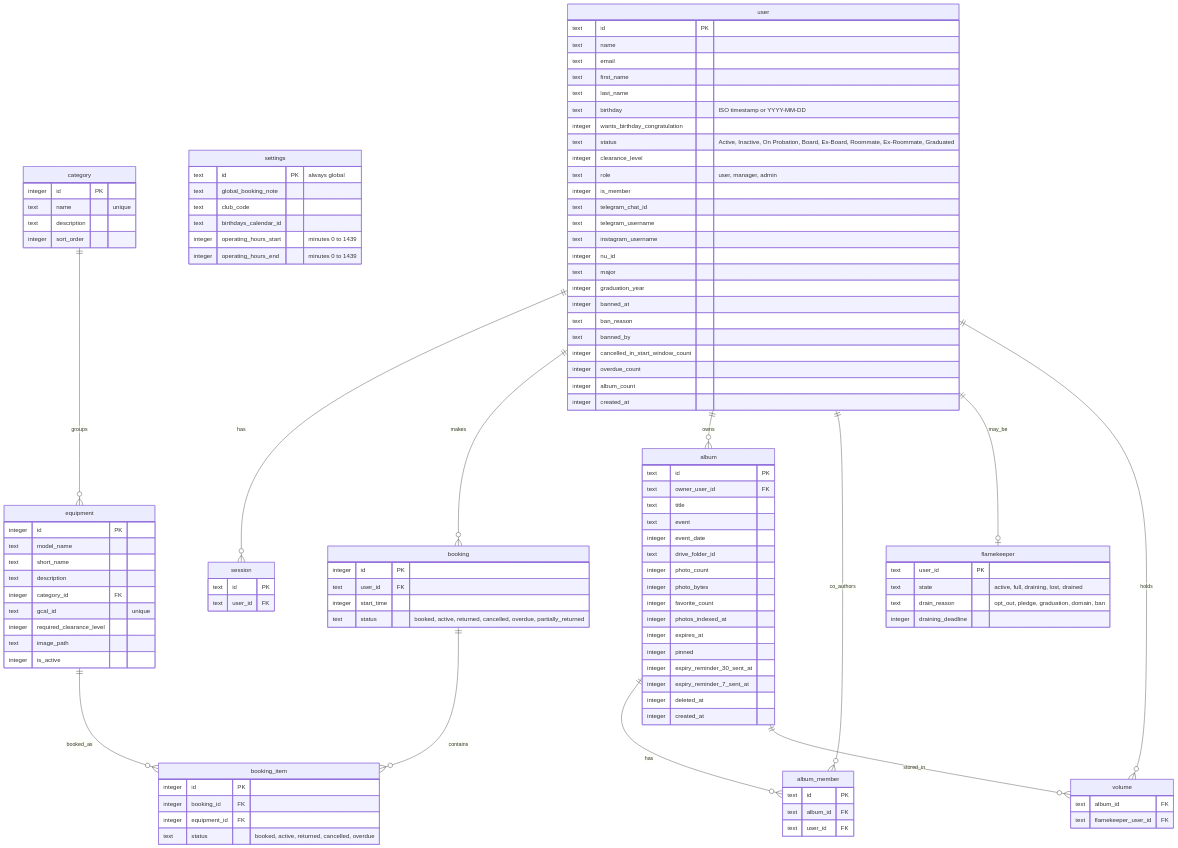
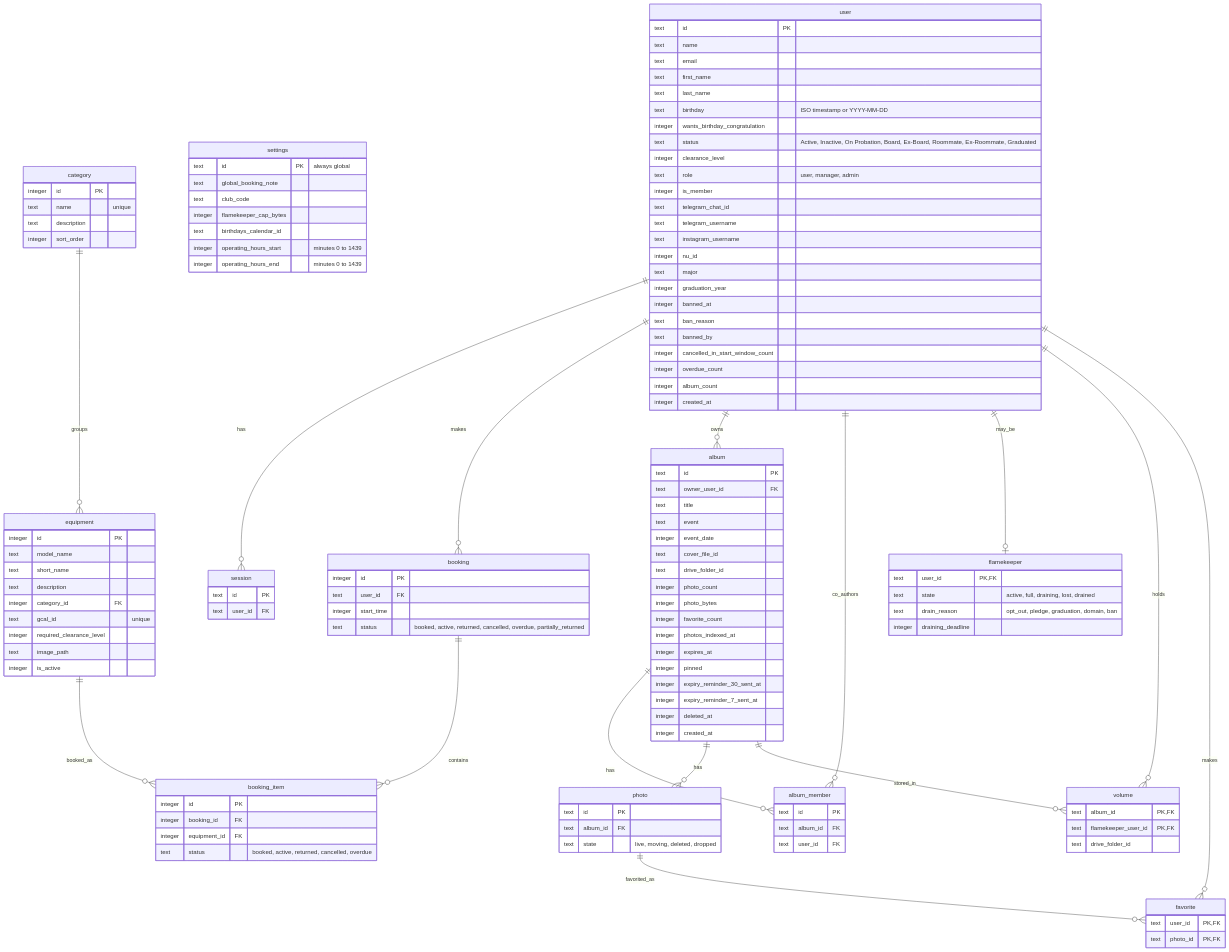
Before and after one commit to sagyzdop/meriksirat: the diagram in docs/scenarios/admin/erd.md, drawn with Mermaid. The commit also changed other lines of this file and 24 other files, not shown here.

Commit message:
docs(scenarios): verify admin diagrams against the code

````diff
--- a/docs/scenarios/admin/erd.md
+++ b/docs/scenarios/admin/erd.md
@@ -46,6 +46,7 @@
         text id PK "always global"
         text global_booking_note
         text club_code
+        integer flamekeeper_cap_bytes
         text birthdays_calendar_id
         integer operating_hours_start "minutes 0 to 1439"
         integer operating_hours_end "minutes 0 to 1439"
@@ -85,6 +86,7 @@
         text title
         text event
         integer event_date
+        text cover_file_id
         text drive_folder_id
         integer photo_count
         integer photo_bytes
@@ -103,14 +105,24 @@
         text user_id FK
     }
     flamekeeper {
-        text user_id PK
+        text user_id PK,FK
         text state "active, full, draining, lost, drained"
         text drain_reason "opt_out, pledge, graduation, domain, ban"
         integer draining_deadline
     }
     volume {
+        text album_id PK,FK
+        text flamekeeper_user_id PK,FK
+        text drive_folder_id
+    }
+    photo {
+        text id PK
         text album_id FK
-        text flamekeeper_user_id FK
+        text state "live, moving, deleted, dropped"
+    }
+    favorite {
+        text user_id PK,FK
+        text photo_id PK,FK
     }
     user ||--o{ session : has
     user ||--o{ booking : makes
@@ -122,5 +134,8 @@
     user ||--o{ album_member : co_authors
     user ||--o| flamekeeper : may_be
     user ||--o{ volume : holds
+    album ||--o{ photo : has
+    photo ||--o{ favorite : favorited_as
+    user ||--o{ favorite : makes
     album ||--o{ volume : stored_in
 ```
````
